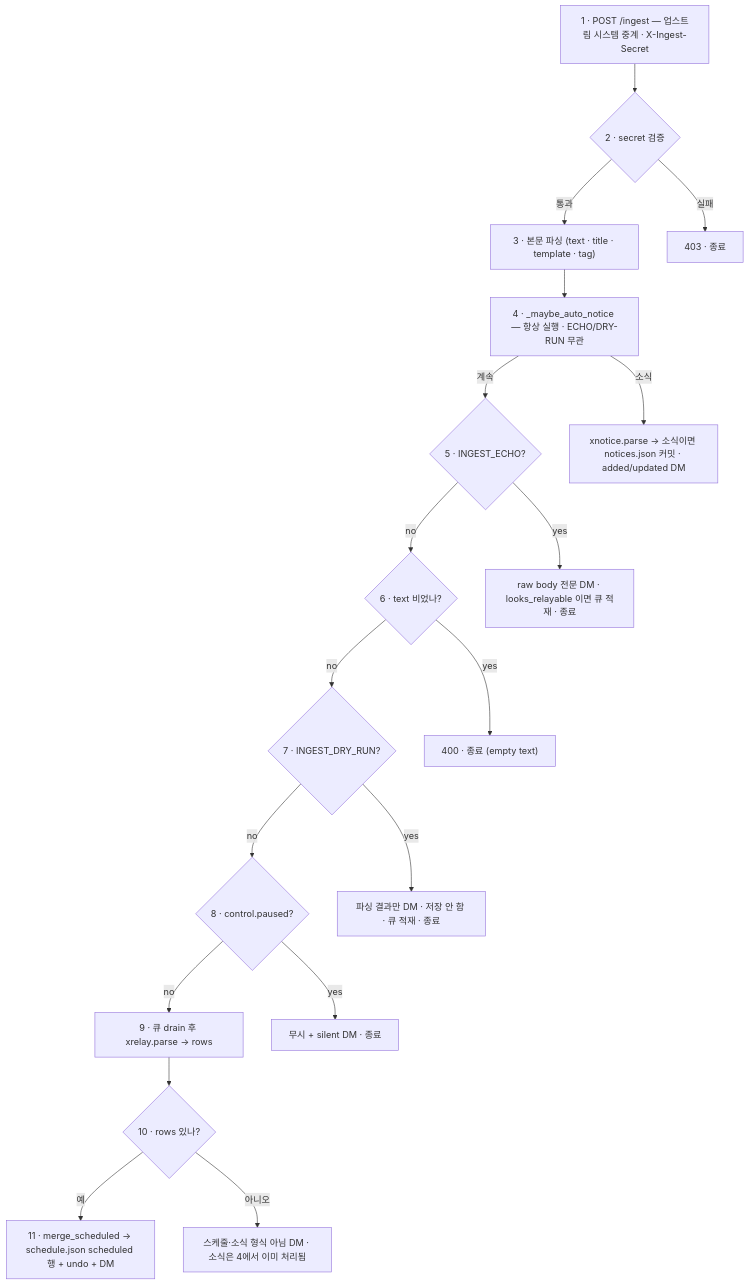
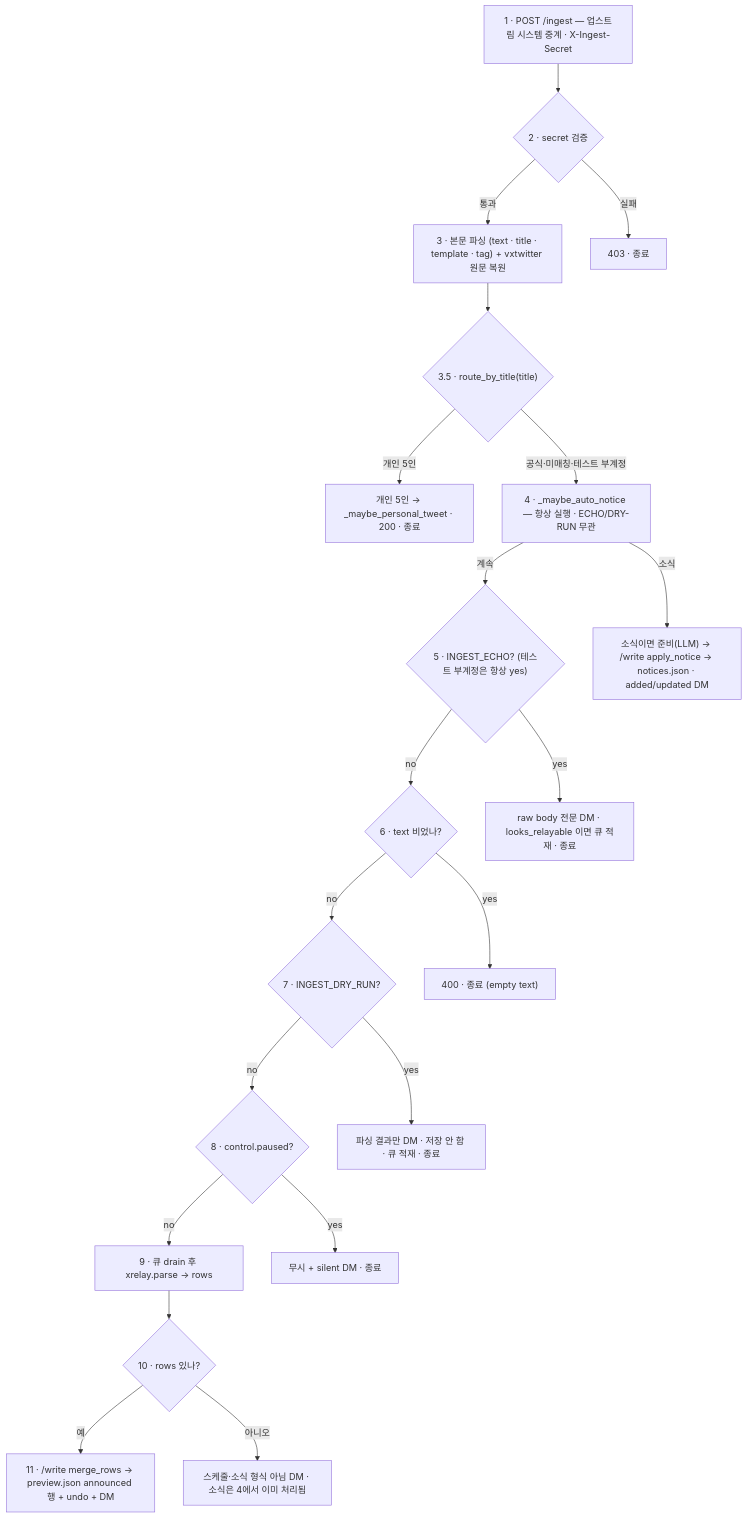
One commit to sbb2002/mewtype-scheduler changed the diagram in docs/INGEST_FLOW.md. Above: the diagram before and after it, drawn with Mermaid. The commit also changed other lines of this file and 17 other files, not shown here.

First line of the commit message:
feat(v3.7.1): write-queue A-1 + /ingest 개인 트윗 500 수정 + 모니터 로그 커밋 축소

````diff
--- a/docs/INGEST_FLOW.md
+++ b/docs/INGEST_FLOW.md
@@ -23,40 +25,44 @@
 ```mermaid
 flowchart TD
     N1["1 · POST /ingest — 업스트림 시스템 중계 · X-Ingest-Secret"]
     D2{"2 · secret 검증"}
-    N3["3 · 본문 파싱 (text · title · template · tag)"]
+    N3["3 · 본문 파싱 (text · title · template · tag) + vxtwitter 원문 복원"]
+    D3b{"3.5 · route_by_title(title)"}
+    T3b["개인 5인 → _maybe_personal_tweet · 200 · 종료"]
     N4["4 · _maybe_auto_notice — 항상 실행 · ECHO/DRY-RUN 무관"]
-    D5{"5 · INGEST_ECHO?"}
+    D5{"5 · INGEST_ECHO? (테스트 부계정은 항상 yes)"}
     D6{"6 · text 비었나?"}
     D7{"7 · INGEST_DRY_RUN?"}
     D8{"8 · control.paused?"}
     N9["9 · 큐 drain 후 xrelay.parse → rows"]
     D10{"10 · rows 있나?"}
-    N11["11 · merge_scheduled → schedule.json scheduled 행 + undo + DM"]
+    N11["11 · /write merge_rows → preview.json announced 행 + undo + DM"]
 
     T2["403 · 종료"]
-    T4["xnotice.parse → 소식이면 notices.json 커밋 · added/updated DM"]
+    T4["소식이면 준비(LLM) → /write apply_notice → notices.json · added/updated DM"]
     T5["raw body 전문 DM · looks_relayable 이면 큐 적재 · 종료"]
     T6["400 · 종료 (empty text)"]
     T7["파싱 결과만 DM · 저장 안 함 · 큐 적재 · 종료"]
     T8["무시 + silent DM · 종료"]
     T12["스케줄·소식 형식 아님 DM · 소식은 4에서 이미 처리됨"]
 
     N1 --> D2
     D2 -->|실패| T2
     D2 -->|통과| N3
-    N3 --> N4
+    N3 --> D3b
+    D3b -->|개인 5인| T3b
+    D3b -->|공식·미매칭·테스트 부계정| N4
     N4 -->|소식| T4
     N4 -->|계속| D5
     D5 -->|yes| T5
     D5 -->|no| D6
     D6 -->|yes| T6
     D6 -->|no| D7
     D7 -->|yes| T7
     D7 -->|no| D8
     D8 -->|yes| T8
     D8 -->|no| N9
     N9 --> D10
     D10 -->|예| N11
     D10 -->|아니오| T12
 ```
````
